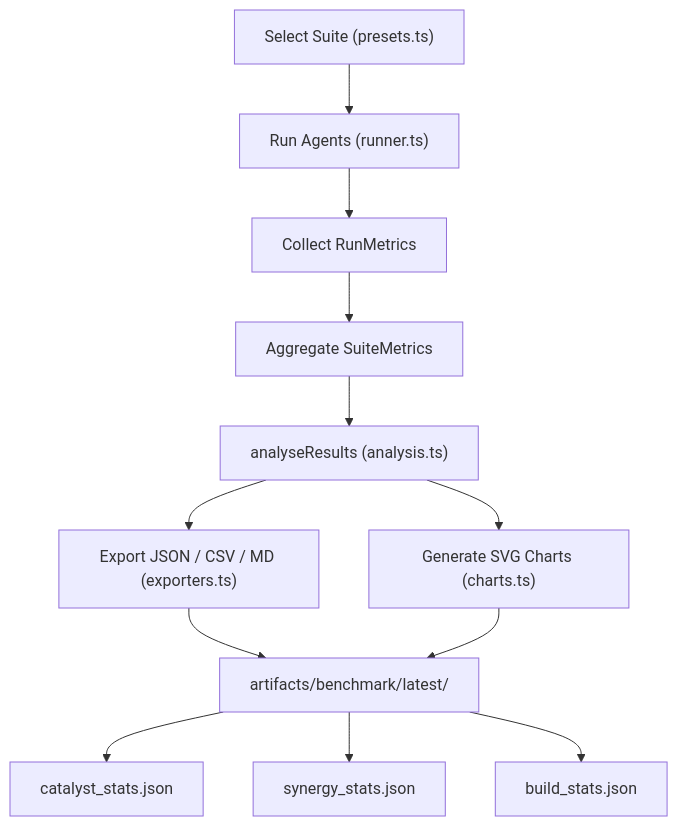
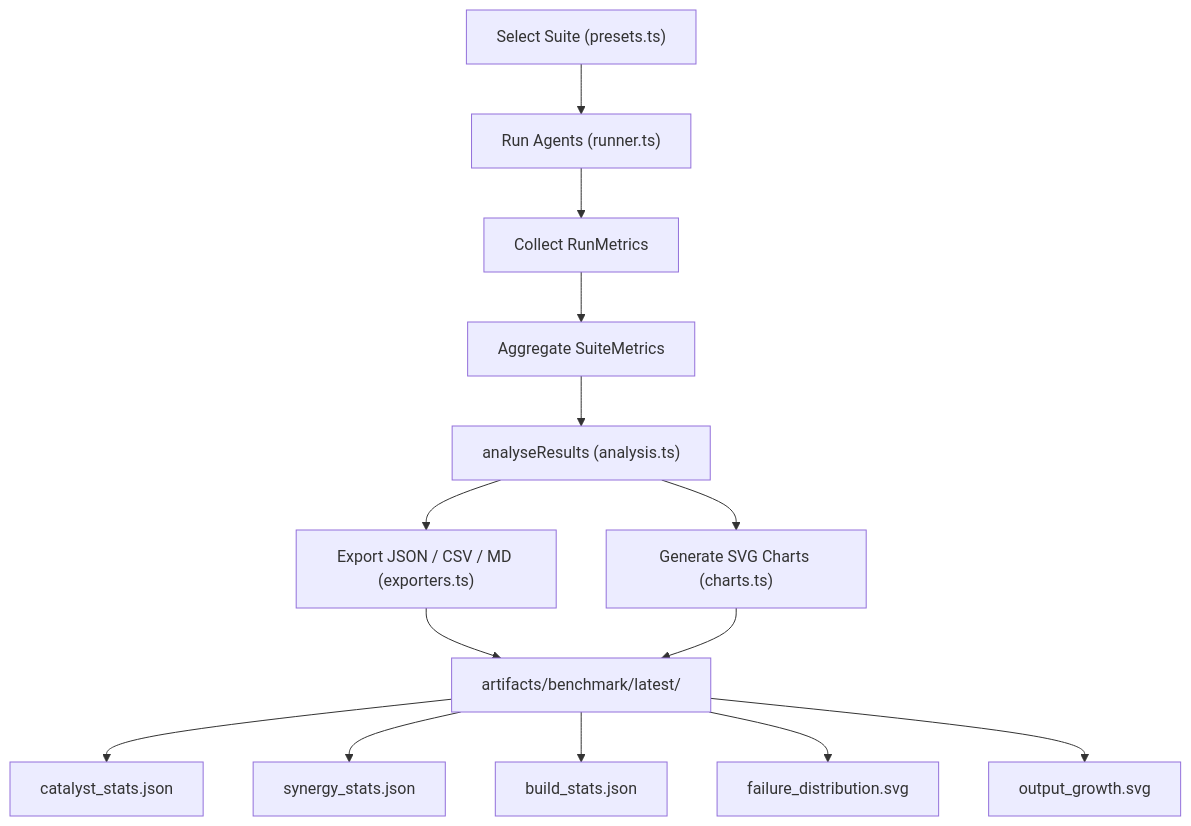
Before and after one commit to alanthssss/mcata: the second of 2 diagrams in BENCHMARK.md, drawn with Mermaid. The commit also changed other lines of this file and 15 other files, not shown here.

First line of the commit message:
Refactor benchmark for endless-round architecture: remove win/winRate, add depth and pacing metrics (#29)

````diff
--- a/BENCHMARK.md
+++ b/BENCHMARK.md
@@ -143,15 +234,17 @@
 ```mermaid
 flowchart TD
     PS["Select Suite (presets.ts)"]
     PS --> RA["Run Agents (runner.ts)"]
     RA --> CM["Collect RunMetrics"]
     CM --> AG["Aggregate SuiteMetrics"]
     AG --> AN["analyseResults (analysis.ts)"]
     AN --> EX["Export JSON / CSV / MD (exporters.ts)"]
     AN --> CH["Generate SVG Charts (charts.ts)"]
     EX --> AR["artifacts/benchmark/latest/"]
     CH --> AR
     AR --> CS["catalyst_stats.json"]
     AR --> SS["synergy_stats.json"]
     AR --> BS["build_stats.json"]
+    AR --> FC["failure_distribution.svg"]
+    AR --> OG["output_growth.svg"]
 ```
````
